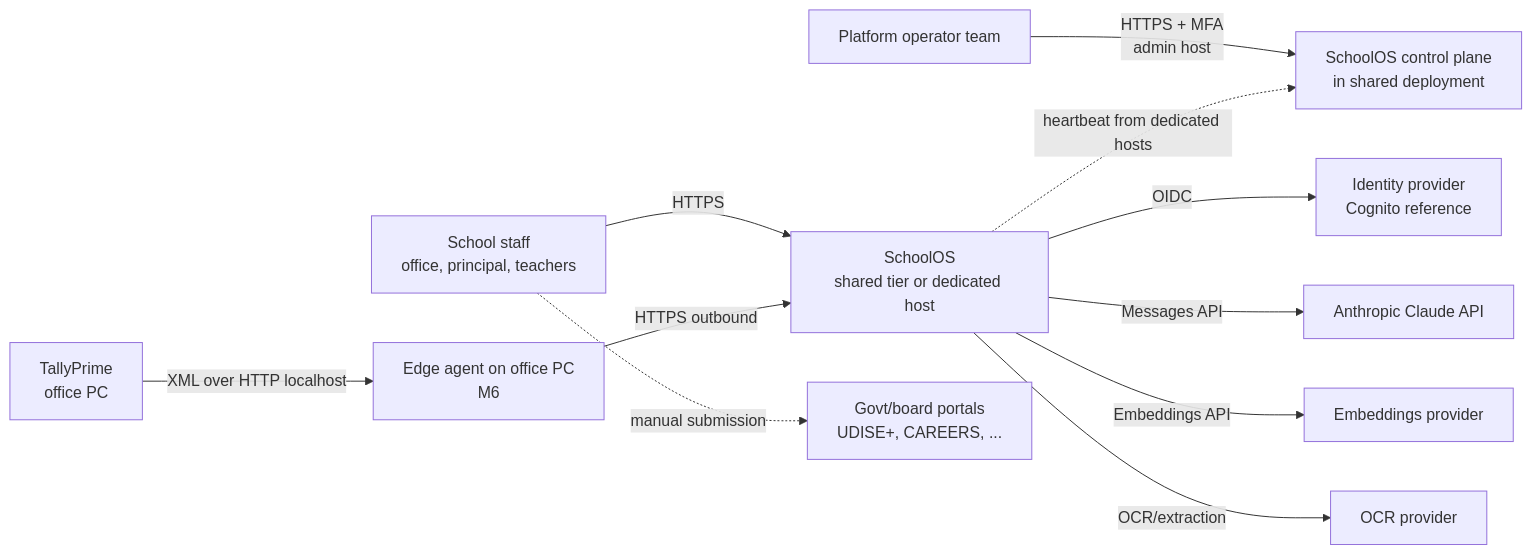
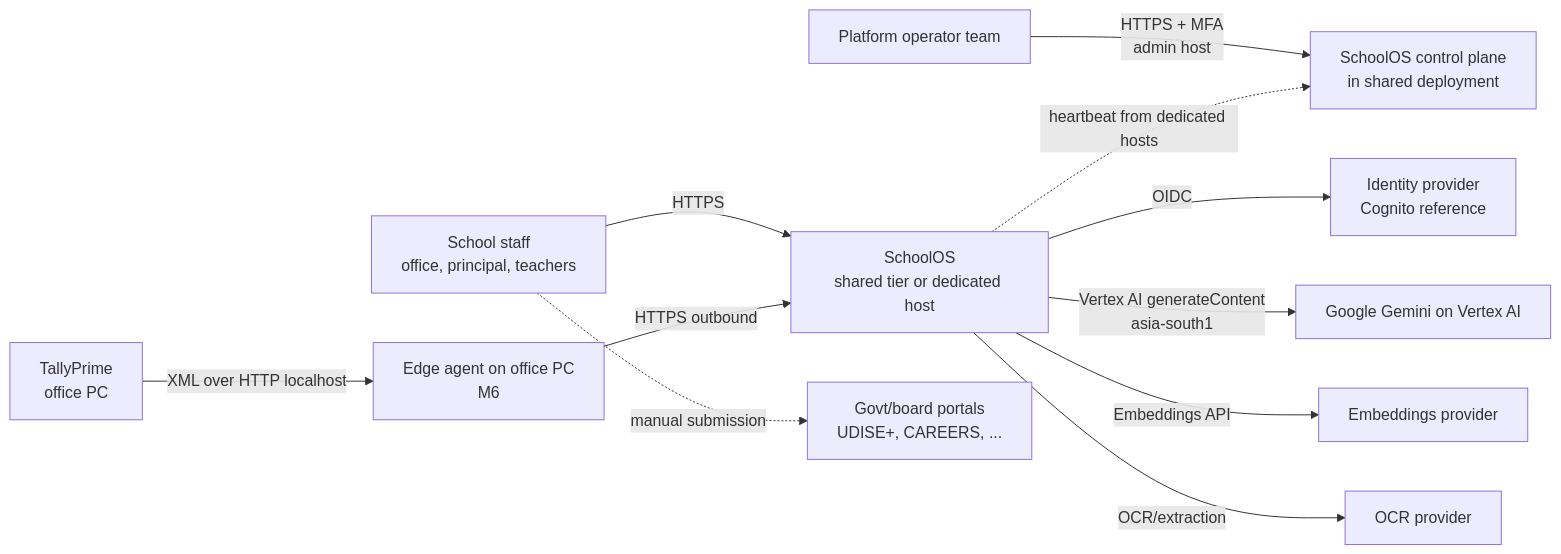
One commit to bb3agency/school-os changed the first of 7 diagrams in docs/04-system-architecture.md. Above: the diagram before and after it, drawn with Mermaid. The commit also changed other lines of this file and 13 other files, not shown here.

First line of the commit message:
docs(adr): ADR-0033 Gemini on Vertex AI for every LLM role; CLAUDE.md and docs updated

````diff
--- a/docs/04-system-architecture.md
+++ b/docs/04-system-architecture.md
@@ -23,13 +23,13 @@
 ```mermaid
 flowchart LR
   staff[School staff<br/>office, principal, teachers] -->|HTTPS| sos[SchoolOS<br/>shared tier or dedicated host]
   operator[Platform operator team] -->|HTTPS + MFA<br/>admin host| cp[SchoolOS control plane<br/>in shared deployment]
   sos -. heartbeat from dedicated hosts .-> cp
   sos -->|OIDC| idp[Identity provider<br/>Cognito reference]
-  sos -->|Messages API| llm[Anthropic Claude API]
+  sos -->|Vertex AI generateContent<br/>asia-south1| llm[Google Gemini on Vertex AI]
   sos -->|Embeddings API| emb[Embeddings provider]
   sos -->|OCR/extraction| ocr[OCR provider]
   agent[Edge agent on office PC<br/>M6] -->|HTTPS outbound| sos
   tally[TallyPrime<br/>office PC] -->|XML over HTTP localhost| agent
   staff -. manual submission .-> portals[Govt/board portals<br/>UDISE+, CAREERS, ...]
 ```
````
